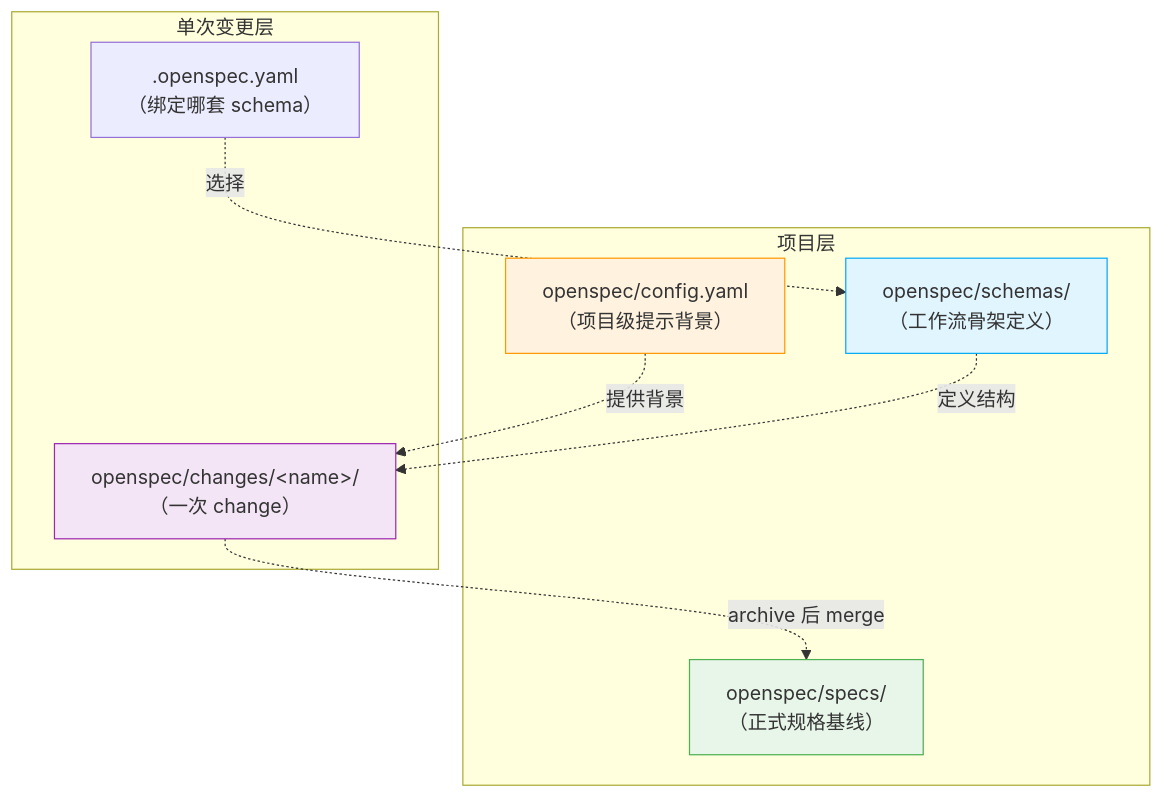
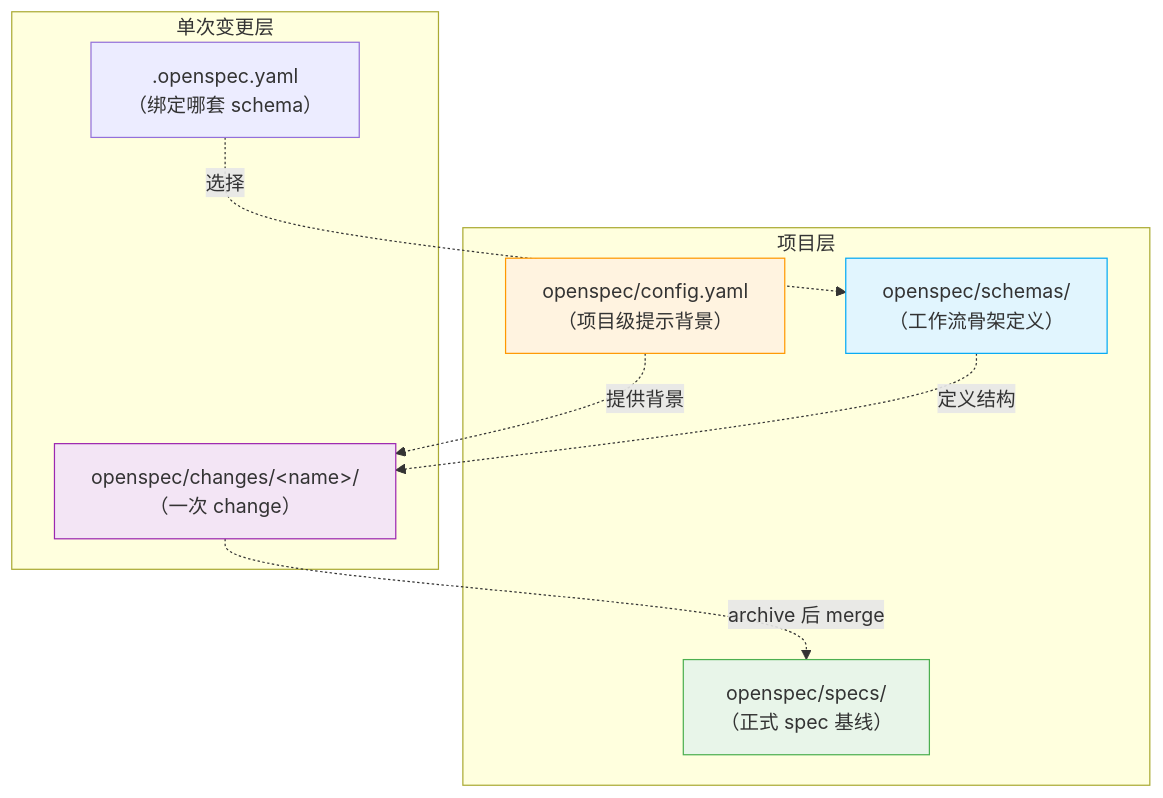
One commit to ethan-jiang-3/OpenSpec changed the first of 2 diagrams in _openspec_handbook/04-高级-config-schema-与项目边界.md. Above: the diagram before and after it, drawn with Mermaid. The commit also changed 14 other files, not shown here.

````diff
--- a/_openspec_handbook/04-高级-config-schema-与项目边界.md
+++ b/_openspec_handbook/04-高级-config-schema-与项目边界.md
@@ -23,23 +23,23 @@
 ```mermaid
 graph TB
     subgraph 项目层
-    A["openspec/specs/<br/>（正式规格基线）"]
+    A["openspec/specs/<br/>（正式 spec 基线）"]
     B["openspec/config.yaml<br/>（项目级提示背景）"]
     C["openspec/schemas/<br/>（工作流骨架定义）"]
     end
     
     subgraph 单次变更层
     D["openspec/changes/&lt;name&gt;/<br/>（一次 change）"]
     E[".openspec.yaml<br/>（绑定哪套 schema）"]
     end
     
     B -.提供背景.-> D
     C -.定义结构.-> D
     E -.选择.-> C
     D -.archive 后 merge.-> A
     
     style A fill:#e8f5e9,stroke:#4caf50
     style B fill:#fff3e0,stroke:#ff9800
     style C fill:#e1f5fe,stroke:#03a9f4
     style D fill:#f3e5f5,stroke:#9c27b0
 ```
````
